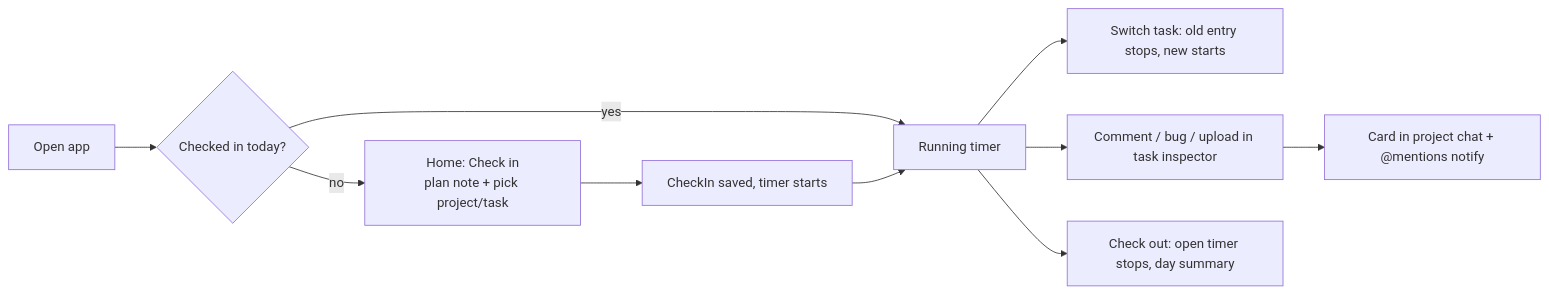
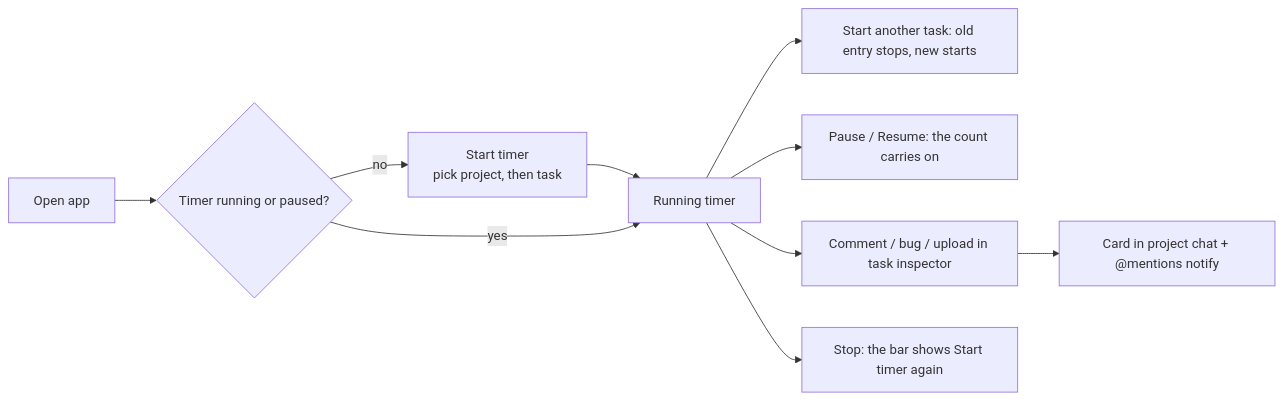
One commit to EzzeldenElshrbaty/spark-flow-web changed the first of 2 diagrams in docs/superpowers/specs/2026-10-26-spark-flow-company-system-design.md. Above: the diagram before and after it, drawn with Mermaid. The commit also changed other lines of this file and 23 other files, not shown here.

````diff
--- a/docs/superpowers/specs/2026-10-26-spark-flow-company-system-design.md
+++ b/docs/superpowers/specs/2026-10-26-spark-flow-company-system-design.md
@@ -402,12 +417,12 @@
 ```mermaid
 flowchart LR
-  A[Open app] --> B{Checked in today?}
-  B -- no --> C[Home: Check in<br/>plan note + pick project/task]
-  C --> D[CheckIn saved, timer starts]
-  B -- yes --> E[Running timer]
-  D --> E
-  E --> F[Switch task: old entry stops, new starts]
+  A[Open app] --> B{Timer running or paused?}
+  B -- no --> C[Start timer<br/>pick project, then task]
+  C --> E[Running timer]
+  B -- yes --> E
+  E --> F[Start another task: old entry stops, new starts]
+  E --> P[Pause / Resume: the count carries on]
   E --> G[Comment / bug / upload in task inspector]
   G --> H[Card in project chat + @mentions notify]
-  E --> I[Check out: open timer stops, day summary]
+  E --> I[Stop: the bar shows Start timer again]
 ```
````
